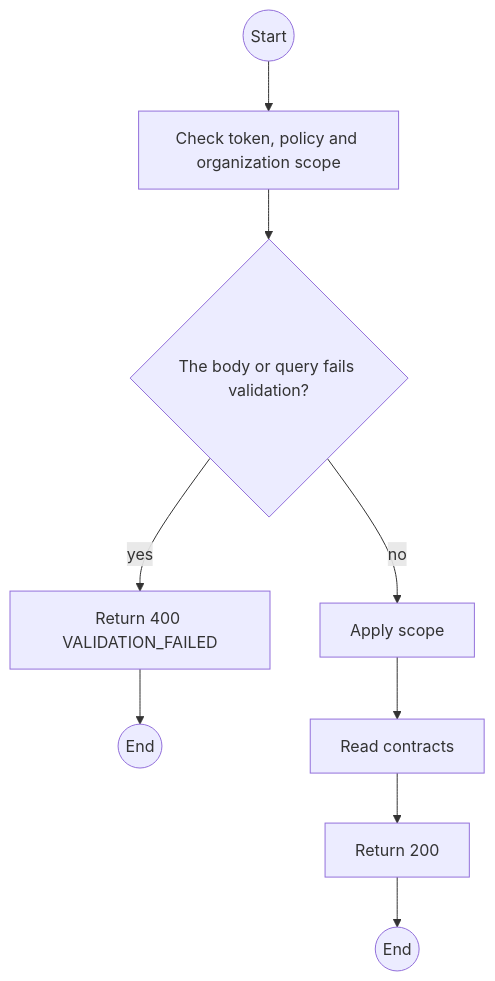
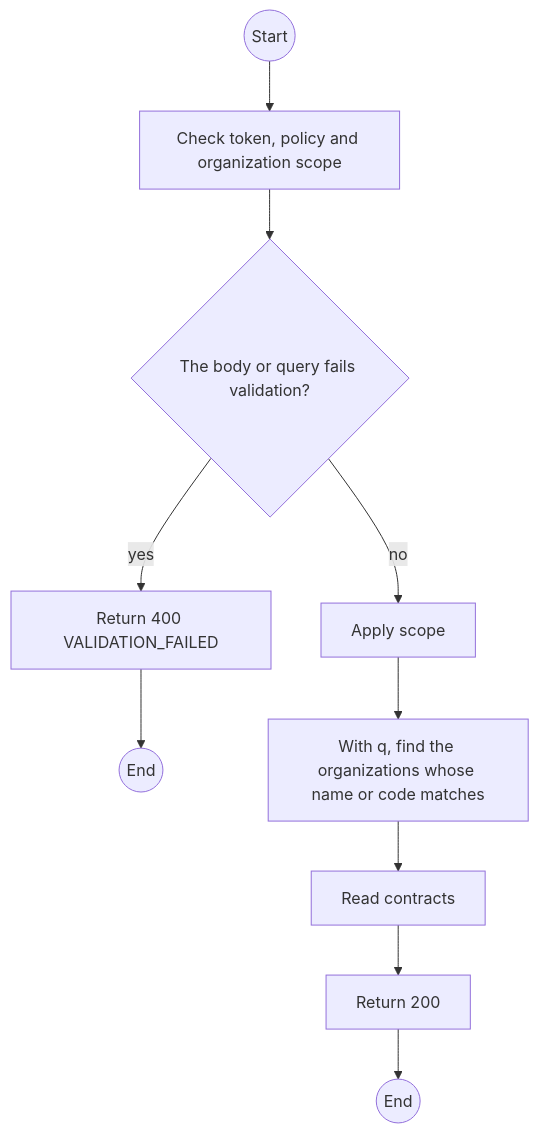
One commit to TrekLink-Team/treklink-web changed the first of 2 diagrams in specs/rentals/api-design/02-get-contracts.md. Above: the diagram before and after it, drawn with Mermaid. The commit also changed other lines of this file and 4 other files, not shown here.

````diff
--- a/specs/rentals/api-design/02-get-contracts.md
+++ b/specs/rentals/api-design/02-get-contracts.md
@@ -147,18 +148,20 @@
 ```mermaid
 flowchart TB
     S((Start))
     A0["Check token, policy and organization scope"]
     S --> A0
     D1{"The body or query fails validation?"}
     A0 --> D1
     E1["Return 400 VALIDATION_FAILED"]
     D1 -->|yes| E1
     E1 --> X1((End))
     P0["Apply scope"]
     D1 -->|no| P0
-    P1["Read contracts"]
+    P1["With q, find the organizations whose name or code matches"]
     P0 --> P1
+    P2["Read contracts"]
+    P1 --> P2
     OK["Return 200"]
-    P1 --> OK
+    P2 --> OK
     OK --> Z((End))
 ```
````
